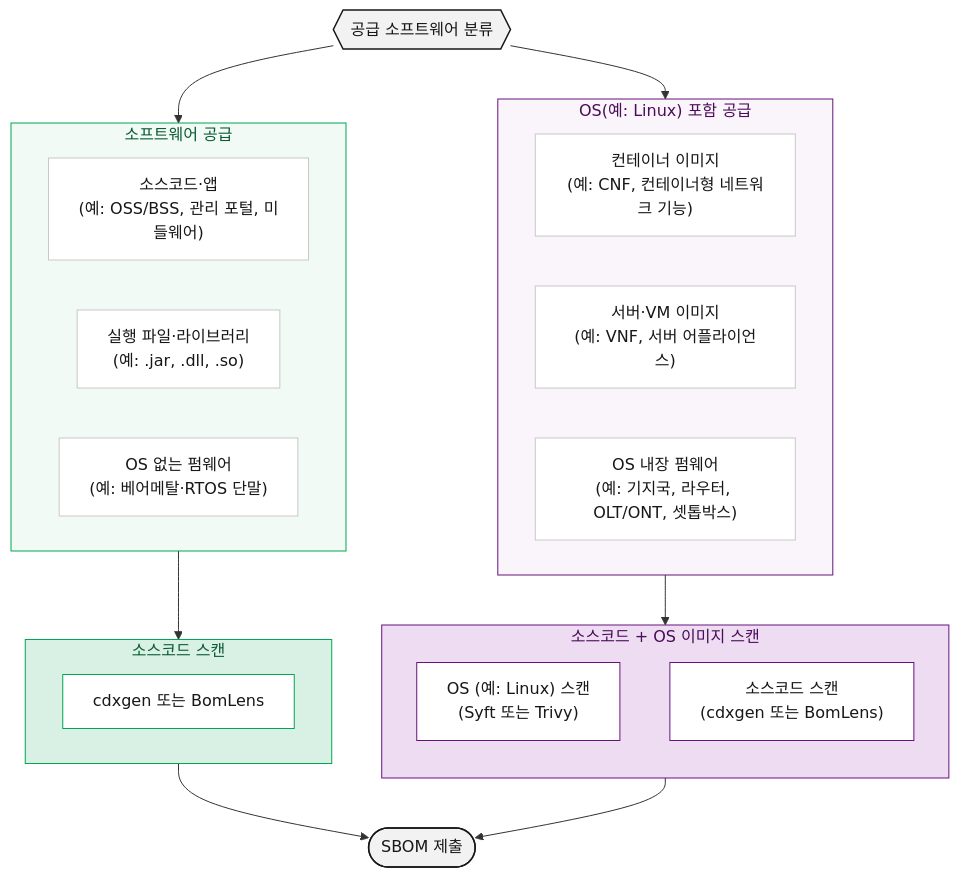
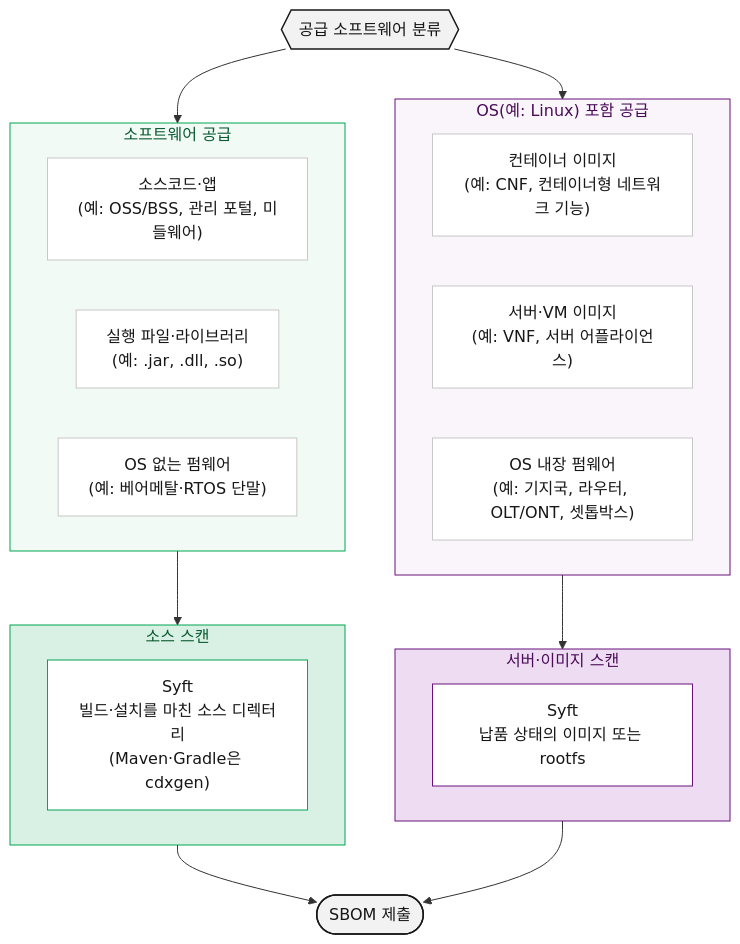
The diagram in content/ko/guide/supply-chain/for-suppliers/creation-guide/_index.md (sktelecom/sktelecom.github.io), drawn with Mermaid before and after one commit. The commit also changed other lines of this file and 7 other files, not shown here.

````diff
--- a/content/ko/guide/supply-chain/for-suppliers/creation-guide/_index.md
+++ b/content/ko/guide/supply-chain/for-suppliers/creation-guide/_index.md
@@ -14,63 +14,61 @@
 ```mermaid
 graph TD
     A{{"공급 소프트웨어 분류"}}
 
     subgraph G1["소프트웨어 공급"]
       direction LR
       T1["소스코드·앱<br>(예: OSS/BSS, 관리 포털, 미들웨어)"]
       T2["실행 파일·라이브러리<br>(예: .jar, .dll, .so)"]
       T3["OS 없는 펌웨어<br>(예: 베어메탈·RTOS 단말)"]
     end
 
     subgraph G2["OS(예: Linux) 포함 공급"]
       direction LR
       T4["컨테이너 이미지<br>(예: CNF, 컨테이너형 네트워크 기능)"]
       T5["서버·VM 이미지<br>(예: VNF, 서버 어플라이언스)"]
       T6["OS 내장 펌웨어<br>(예: 기지국, 라우터, OLT/ONT, 셋톱박스)"]
     end
 
-    %% 좌측: 소스코드 스캔 서브 박스 구조
-    subgraph M1["소스코드 스캔"]
-      M1_Sub["cdxgen 또는 BomLens"]
+    %% 좌측: 소스 스캔 서브 박스 구조
+    subgraph M1["소스 스캔"]
+      M1_Sub["Syft<br>빌드·설치를 마친 소스 디렉터리<br>(Maven·Gradle은 cdxgen)"]
     end
 
-    %% 우측: 소스코드 + OS 이미지 스캔 서브 박스 구조 (세로 배치)
-    subgraph M2["소스코드 + OS 이미지 스캔"]
-      direction TB
-      M2_Top["OS (예: Linux) 스캔<br>(Syft 또는 Trivy)"]
-      M2_Bottom["소스코드 스캔<br>(cdxgen 또는 BomLens)"]
+    %% 우측: 서버·이미지 스캔 서브 박스 구조
+    subgraph M2["서버·이미지 스캔"]
+      M2_Sub["Syft<br>납품 상태의 이미지 또는 rootfs"]
     end
 
     A --> G1
     A --> G2
     
     %% 그룹 박스 경계로만 연결 (박스당 화살표 1개)
     G1 --> M1
     G2 --> M2
     
     %% 그룹 박스에서 다음 단계로 연결
     M1 --> P(["SBOM 제출"])
     M2 --> P
 
     classDef start fill:#F2F2F2,stroke:#171717,color:#171717,stroke-width:1.5px
     classDef typebox fill:#ffffff,stroke:#c8c8c8,color:#171717,stroke-width:1px
     classDef submit fill:#F2F2F2,stroke:#171717,color:#171717,stroke-width:1.5px
     
     %% 내부 단일 박스용 흰색 스타일 정의 (좌/우 테두리 색상 구분)
     classDef subwhite_left fill:#ffffff,stroke:#00A651,color:#171717,stroke-width:1px
     classDef subwhite_right fill:#ffffff,stroke:#68127A,color:#171717,stroke-width:1px
 
     class A start
     class T1,T2,T3,T4,T5,T6 typebox
     class M1_Sub subwhite_left
-    class M2_Top,M2_Bottom subwhite_right
+    class M2_Sub subwhite_right
     class P submit
 
     style G1 fill:#F1FAF5,stroke:#00A651,stroke-width:1px,color:#0A5A32
     style G2 fill:#FAF4FB,stroke:#68127A,stroke-width:1px,color:#4A0D57
     
     %% 외곽 박스 스타일 (배경색 및 테두리 유지)
     style M1 fill:#D9F0E4,stroke:#00A651,stroke-width:1px,color:#0A5A32
     style M2 fill:#EEDCF3,stroke:#68127A,stroke-width:1px,color:#4A0D57
 
 ```
````
